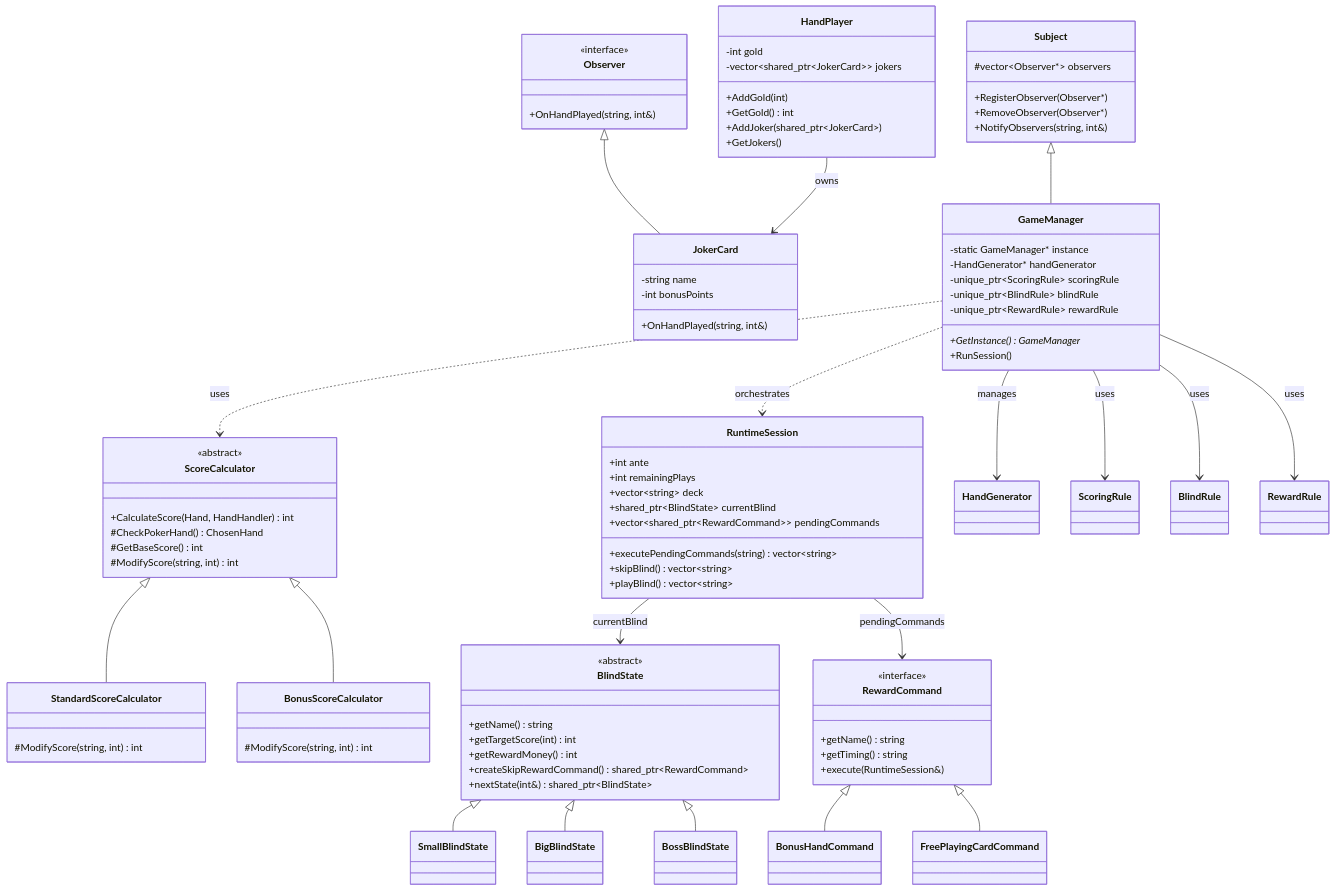
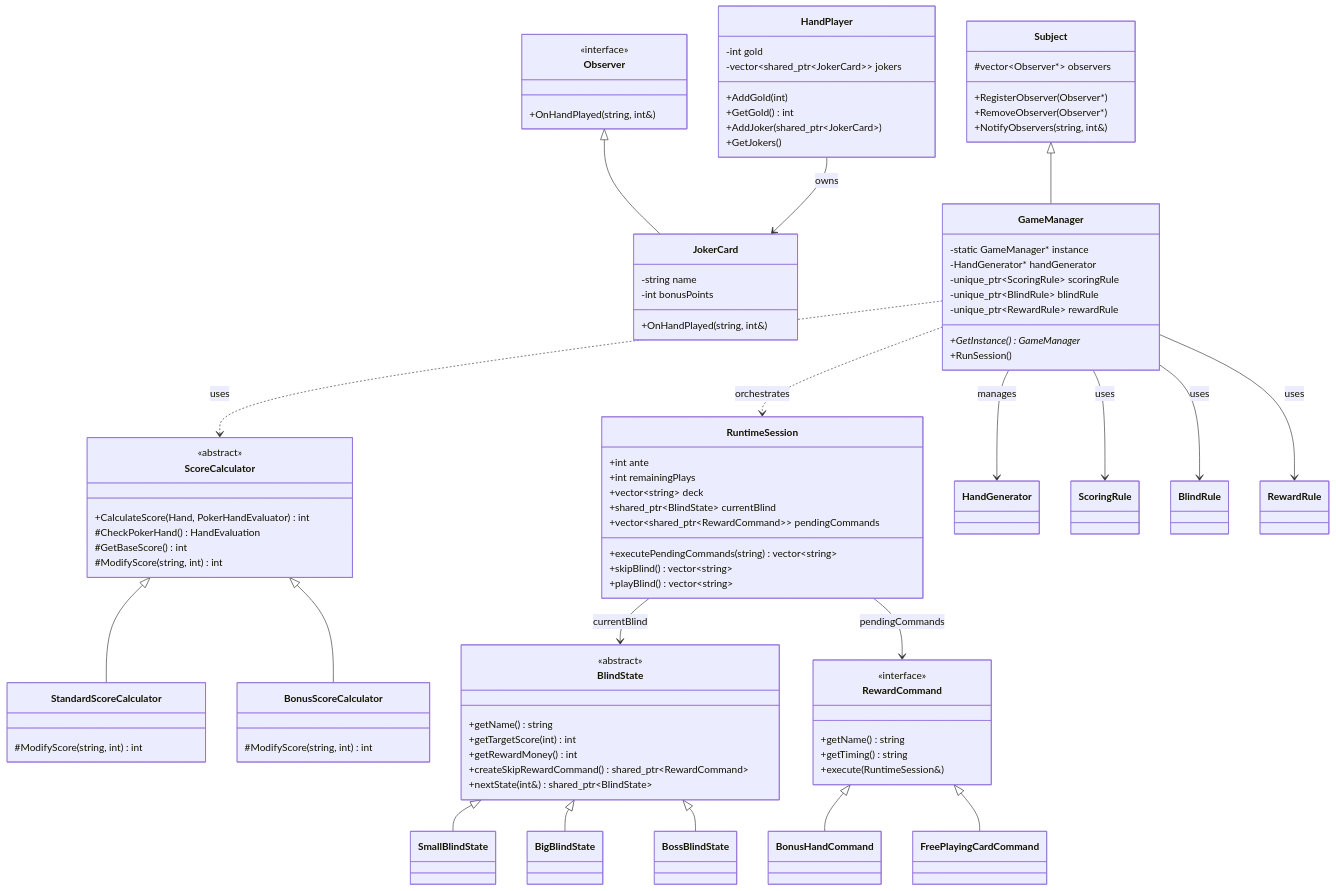
One commit to Amrhea/Kel.DesignPattern changed the second of 2 diagrams in docs/design-pattern-analysis.md. Above: the diagram before and after it, drawn with Mermaid. The commit also changed other lines of this file and 54 other files, not shown here.

```diff
--- a/docs/design-pattern-analysis.md
+++ b/docs/design-pattern-analysis.md
@@ -182,8 +179,8 @@
 
     class ScoreCalculator {
         <<abstract>>
-        +CalculateScore(Hand, HandHandler) int
-        #CheckPokerHand() ChosenHand
+        +CalculateScore(Hand, PokerHandEvaluator) int
+        #CheckPokerHand() HandEvaluation
         #GetBaseScore() int
         #ModifyScore(string, int) int
     }
```
